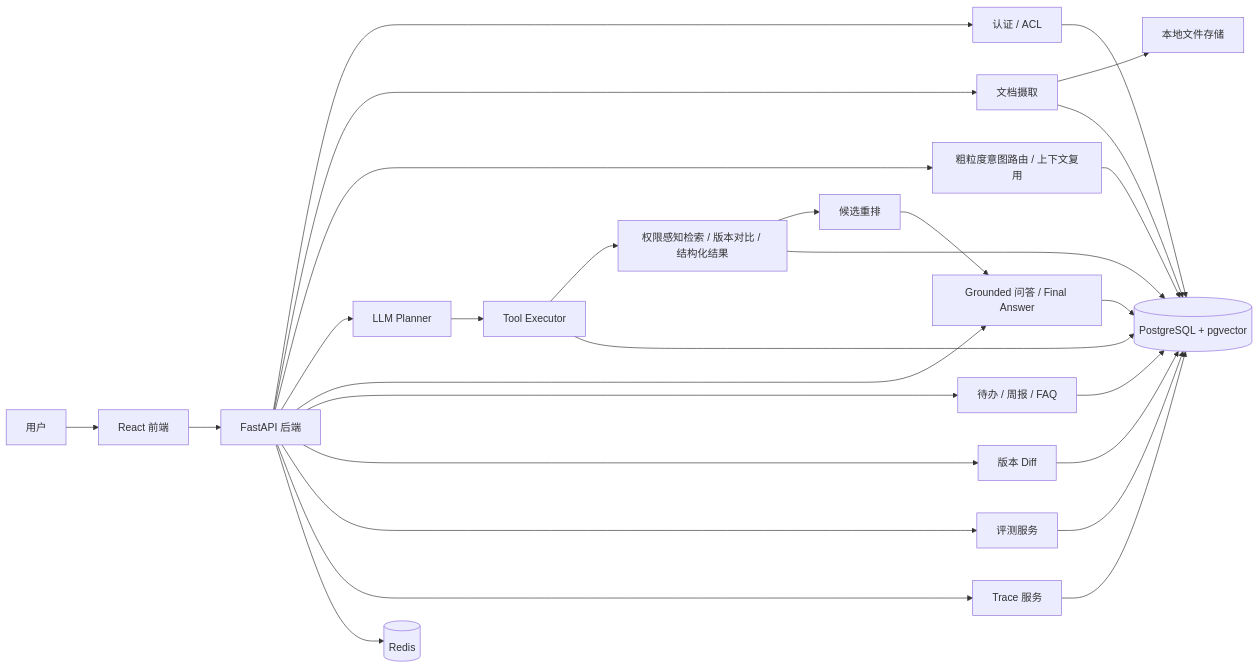
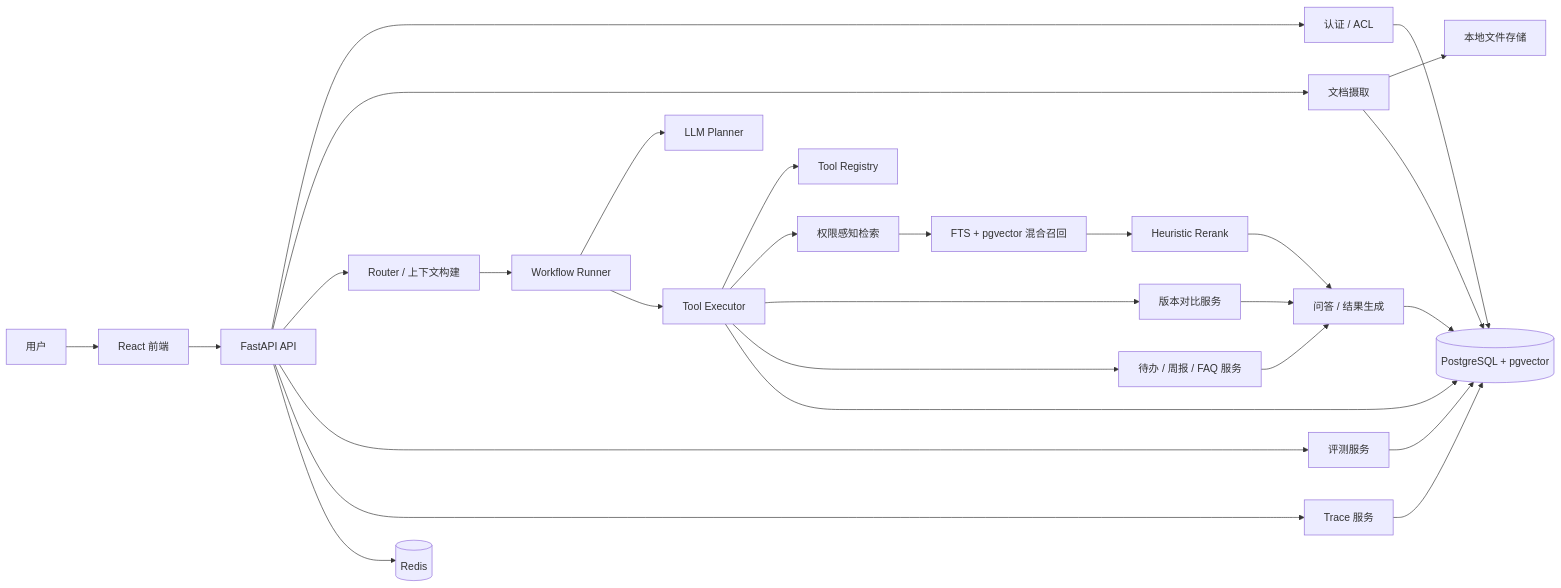
One commit to lgloq/doc_helper changed the diagram in README.md. Above: the diagram before and after it, drawn with Mermaid. The commit also changed other lines of this file and 20 other files, not shown here.

Commit message:
19 chat workflow polish and docs sync

````diff
--- a/README.md
+++ b/README.md
@@ -68,30 +68,31 @@
 ```mermaid
+%%{init: {'flowchart': {'curve': 'basis'}}}%%
 flowchart LR
     U["用户"] --> FE["React 前端"]
-    FE --> API["FastAPI 后端"]
+    FE --> API["FastAPI API"]
     API --> AUTH["认证 / ACL"]
     API --> INGEST["文档摄取"]
-    API --> ROUTER["粗粒度意图路由 / 上下文复用"]
-    API --> PLANNER["LLM Planner"]
-    PLANNER --> EXEC["Tool Executor"]
-    EXEC --> RET["权限感知检索 / 版本对比 / 结构化结果"]
-    RET --> RERANK["候选重排"]
-    RERANK --> CHAT["Grounded 问答 / Final Answer"]
-    API --> CHAT["Grounded 问答 / Final Answer"]
-    API --> TASKS["待办 / 周报 / FAQ"]
-    API --> DIFF["版本 Diff"]
+    API --> ROUTER["Router / 上下文构建"]
+    ROUTER --> RUNNER["Workflow Runner"]
+    RUNNER --> PLANNER["LLM Planner"]
+    RUNNER --> EXEC["Tool Executor"]
+    EXEC --> REG["Tool Registry"]
+    EXEC --> SEARCH["权限感知检索"]
+    SEARCH --> HYBRID["FTS + pgvector 混合召回"]
+    HYBRID --> RERANK["Heuristic Rerank"]
+    EXEC --> DIFF["版本对比服务"]
+    EXEC --> TASKS["待办 / 周报 / FAQ 服务"]
+    RERANK --> ANSWER["问答 / 结果生成"]
+    DIFF --> ANSWER
+    TASKS --> ANSWER
     API --> EVAL["评测服务"]
     API --> OBS["Trace 服务"]
     AUTH --> PG[("PostgreSQL + pgvector")]
     INGEST --> FILES["本地文件存储"]
     INGEST --> PG
-    ROUTER --> PG
-    RET --> PG
     EXEC --> PG
-    CHAT --> PG
-    TASKS --> PG
-    DIFF --> PG
+    ANSWER --> PG
     EVAL --> PG
     OBS --> PG
     API --> REDIS[("Redis")]
 ```
````
